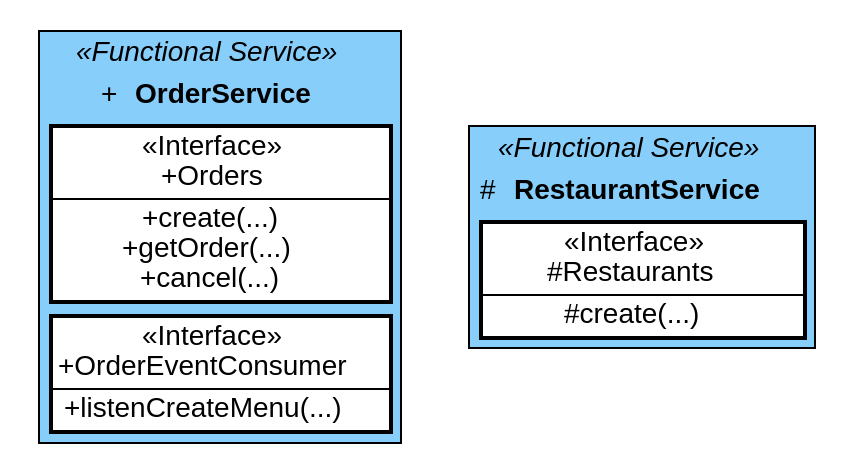
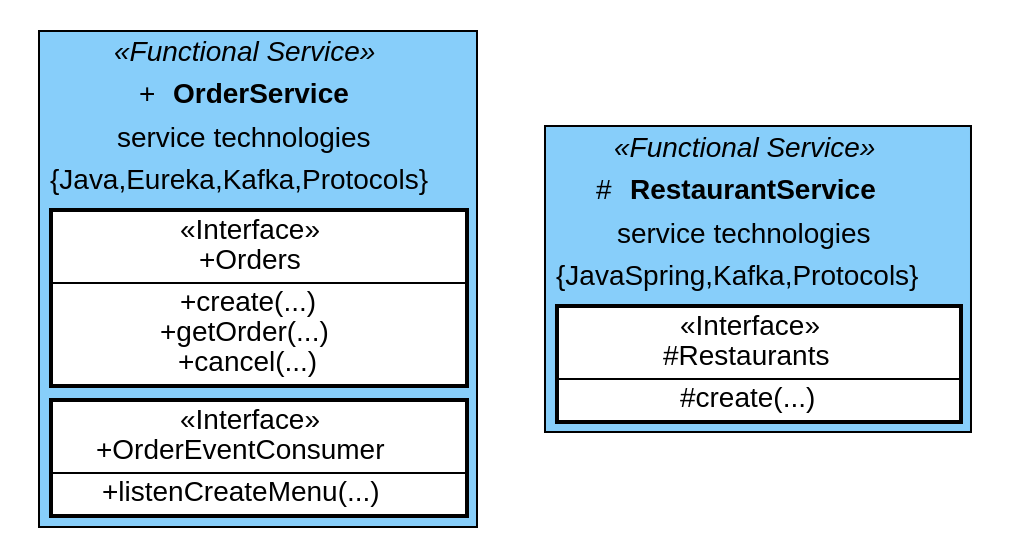
The diagram in exampleModels/order-restaurant-example.dot (josor001/lemma-visualizer), drawn with Graphviz before and after one commit. The commit also changed 3 other files, not shown here.

```diff
--- a/exampleModels/order-restaurant-example.dot
+++ b/exampleModels/order-restaurant-example.dot
@@ -1,4 +1,4 @@
 strict digraph G {
-  "Order::org.example.OrderService" [ label=<<table bgcolor='#87cefa' border='1' cellborder='0'><tr><td><i>&laquo;Functional Service&raquo;</i></td></tr><tr><td>+ <b>OrderService</b></td></tr><tr><td><table bgcolor='white' cellspacing='0'><tr><td>&laquo;Interface&raquo;<br/>+Orders</td></tr><tr><td>+create(...)<br/>+getOrder(...)<br/>+cancel(...)<br/></td></tr></table></td></tr><tr><td><table bgcolor='white' cellspacing='0'><tr><td>&laquo;Interface&raquo;<br/>+OrderEventConsumer</td></tr><tr><td>+listenCreateMenu(...)<br/></td></tr></table></td></tr></table>> type="FUNCTIONAL" shape="plaintext" color="black" fontname="Helvetica" ];
-  "Restaurant::org.example.RestaurantService" [ label=<<table bgcolor='#87cefa' border='1' cellborder='0'><tr><td><i>&laquo;Functional Service&raquo;</i></td></tr><tr><td># <b>RestaurantService</b></td></tr><tr><td><table bgcolor='white' cellspacing='0'><tr><td>&laquo;Interface&raquo;<br/>#Restaurants</td></tr><tr><td>#create(...)<br/></td></tr></table></td></tr></table>> type="FUNCTIONAL" shape="plaintext" color="black" fontname="Helvetica" ];
+  "Order::org.example.OrderService" [ label=<<table bgcolor='#87cefa' border='1' cellborder='0'><tr><td><i>&laquo;Functional Service&raquo;</i></td></tr><tr><td>+ <b>OrderService</b></td></tr><tr><td>service technologies</td></tr><tr><td>{Java,Eureka,Kafka,Protocols}</td></tr><tr><td><table bgcolor='white' cellspacing='0'><tr><td>&laquo;Interface&raquo;<br/>+Orders</td></tr><tr><td>+create(...)<br/>+getOrder(...)<br/>+cancel(...)<br/></td></tr></table></td></tr><tr><td><table bgcolor='white' cellspacing='0'><tr><td>&laquo;Interface&raquo;<br/>+OrderEventConsumer</td></tr><tr><td>+listenCreateMenu(...)<br/></td></tr></table></td></tr></table>> type="FUNCTIONAL" shape="plaintext" color="black" fontname="Helvetica" ];
+  "Restaurant::org.example.RestaurantService" [ label=<<table bgcolor='#87cefa' border='1' cellborder='0'><tr><td><i>&laquo;Functional Service&raquo;</i></td></tr><tr><td># <b>RestaurantService</b></td></tr><tr><td>service technologies</td></tr><tr><td>{JavaSpring,Kafka,Protocols}</td></tr><tr><td><table bgcolor='white' cellspacing='0'><tr><td>&laquo;Interface&raquo;<br/>#Restaurants</td></tr><tr><td>#create(...)<br/></td></tr></table></td></tr></table>> type="FUNCTIONAL" shape="plaintext" color="black" fontname="Helvetica" ];
 }
```
